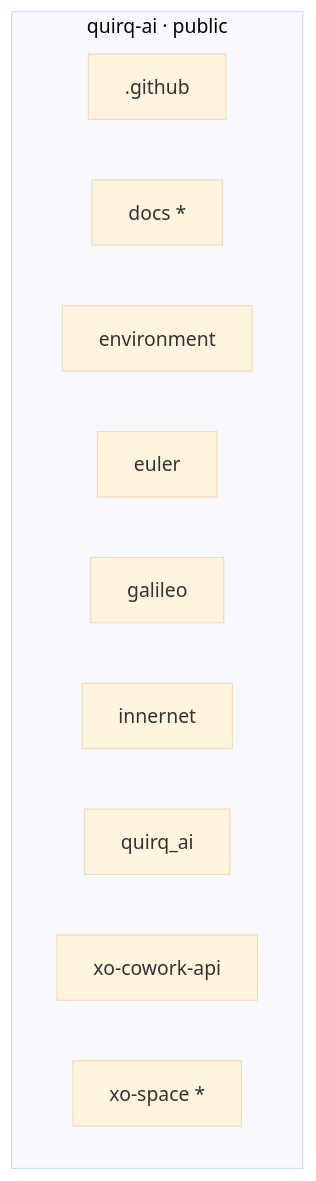
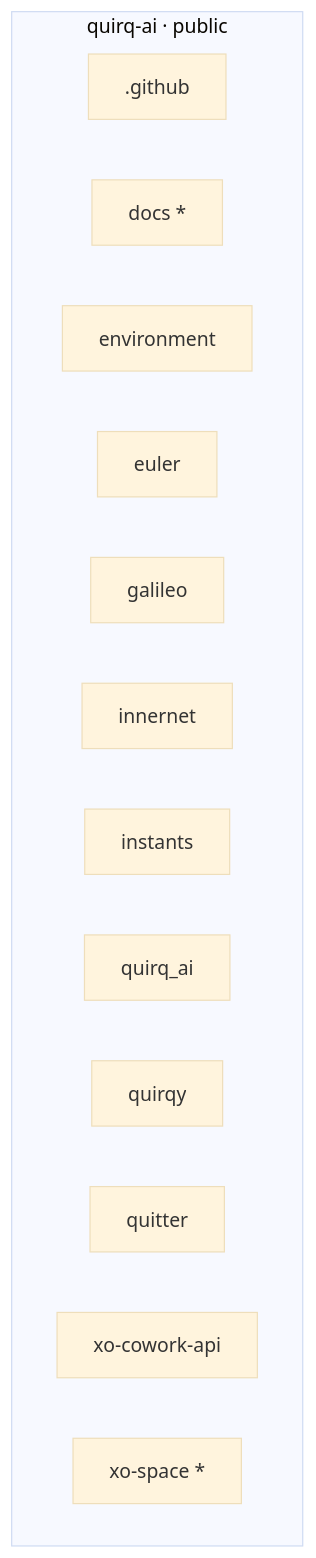
The first of 4 diagrams in README.md (quirq-ai/wiki), drawn with Mermaid (base theme) before and after one commit. The commit also changed other lines of this file and 481 other files, not shown here.

````diff
--- a/README.md
+++ b/README.md
@@ -14,24 +14,30 @@
 ```mermaid
 flowchart LR
   subgraph public["quirq-ai · public"]
     direction LR
     github[".github"]
     docs["docs *"]
     environment["environment"]
     euler["euler"]
     galileo["galileo"]
     innernet["innernet"]
+    instants["instants"]
     quirq_ai["quirq_ai"]
+    quirqy["quirqy"]
+    quitter["quitter"]
     xo_cowork_api["xo-cowork-api"]
     xo_space["xo-space *"]
   end
   click github "./.github/_index.md"
   click docs "./docs/_index.md"
   click environment "./environment/_index.md"
   click euler "./euler/_index.md"
   click galileo "./galileo/_index.md"
   click innernet "./innernet/_index.md"
+  click instants "./instants/_index.md"
   click quirq_ai "./quirq_ai/_index.md"
+  click quirqy "./quirqy/_index.md"
+  click quitter "./quitter/_index.md"
   click xo_cowork_api "./xo-cowork-api/_index.md"
   click xo_space "./xo-space/_index.md"
 ```
````
